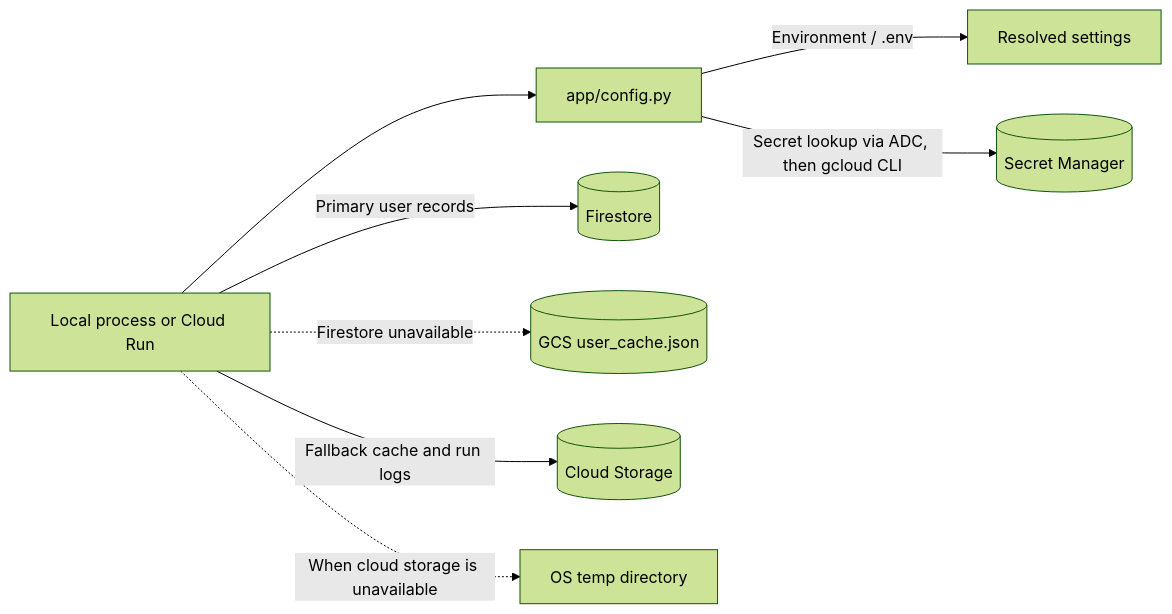
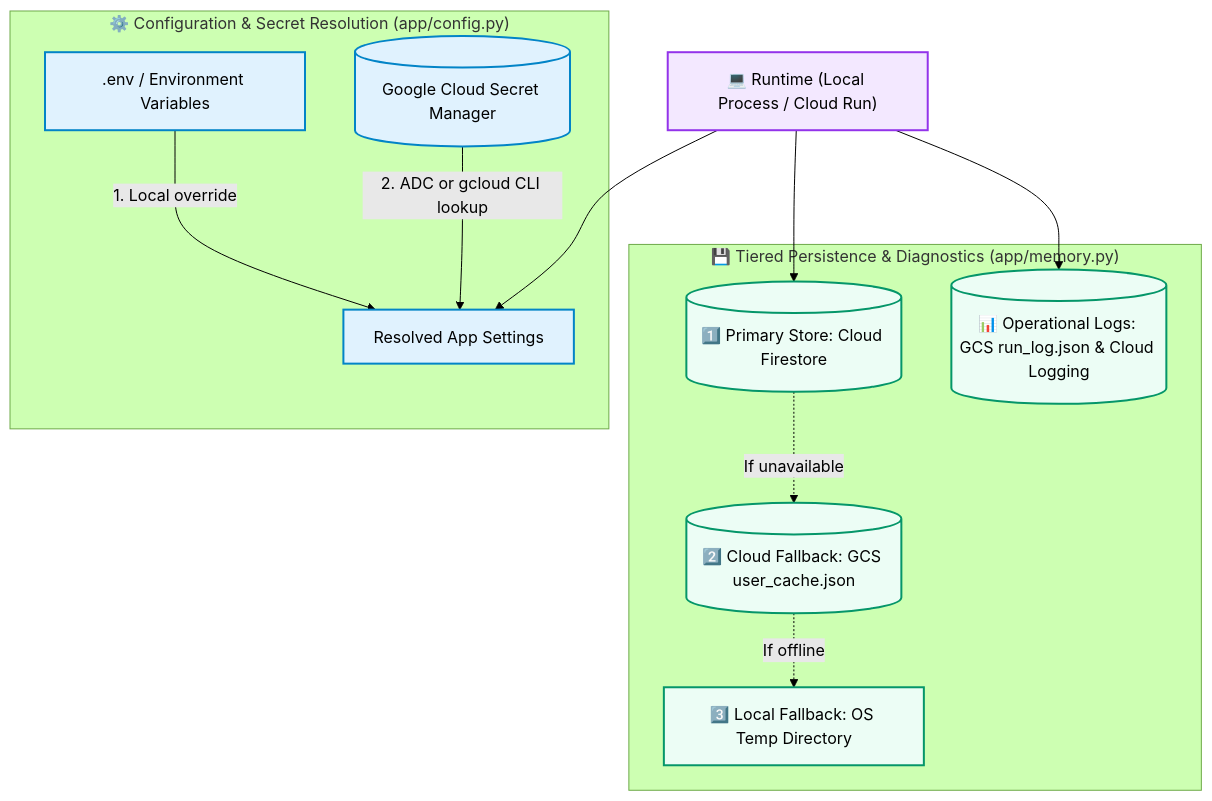
The fourth of 4 diagrams in README.md (henryhyunwookim/KoreanTeacher_LINE), drawn with Mermaid (forest theme) before and after one commit. The commit also changed other lines of this file and 1 other file, not shown here.

First line of the commit message:
docs(readme): clarify architecture and sequence flowcharts

````diff
--- a/README.md
+++ b/README.md
@@ -233,10 +308,31 @@
 ```mermaid
-flowchart LR
-  Runtime["Local process or Cloud Run"] --> Config["app/config.py"]
-  Config -->|"Environment / .env"| Settings["Resolved settings"]
-  Config -->|"Secret lookup via ADC, then gcloud CLI"| Secrets[("Secret Manager")]
-  Runtime -->|"Primary user records"| Firestore[("Firestore")]
-  Runtime -. "Firestore unavailable" .-> GCSCache[("GCS user_cache.json")]
-  Runtime -->|"Fallback cache and run logs"| GCS[("Cloud Storage")]
-  Runtime -. "When cloud storage is unavailable" .-> Temp["OS temp directory"]
+flowchart TD
+    classDef runtime fill:#f3e8ff,stroke:#9333ea,stroke-width:2px;
+    classDef config fill:#e0f2fe,stroke:#0284c7,stroke-width:2px;
+    classDef storage fill:#ecfdf5,stroke:#059669,stroke-width:2px;
+
+    Runtime["💻 Runtime (Local Process / Cloud Run)"]:::runtime
+
+    subgraph ConfigLayer ["⚙️ Configuration & Secret Resolution (app/config.py)"]
+        Env[".env / Environment Variables"]:::config
+        Secrets[("Google Cloud Secret Manager")]:::config
+        Settings["Resolved App Settings"]:::config
+
+        Env -->|"1. Local override"| Settings
+        Secrets -->|"2. ADC or gcloud CLI lookup"| Settings
+    end
+
+    subgraph StateLayer ["💾 Tiered Persistence & Diagnostics (app/memory.py)"]
+        Firestore[("1️⃣ Primary Store: Cloud Firestore")]:::storage
+        GCSCache[("2️⃣ Cloud Fallback: GCS user_cache.json")]:::storage
+        Temp["3️⃣ Local Fallback: OS Temp Directory"]:::storage
+        Logs[("📊 Operational Logs: GCS run_log.json & Cloud Logging")]:::storage
+
+        Firestore -. "If unavailable" .-> GCSCache
+        GCSCache -. "If offline" .-> Temp
+    end
+
+    Runtime --> Settings
+    Runtime --> Firestore
+    Runtime --> Logs
 ```
````
